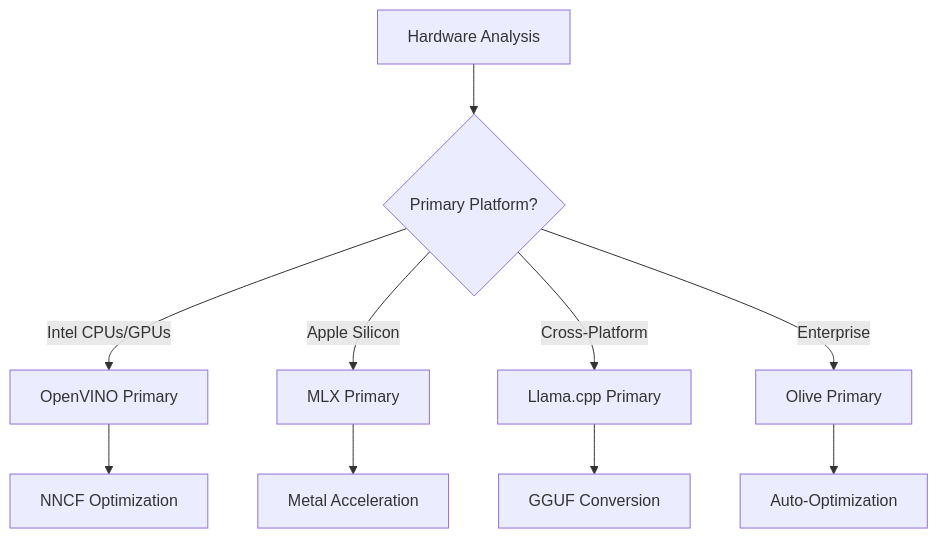
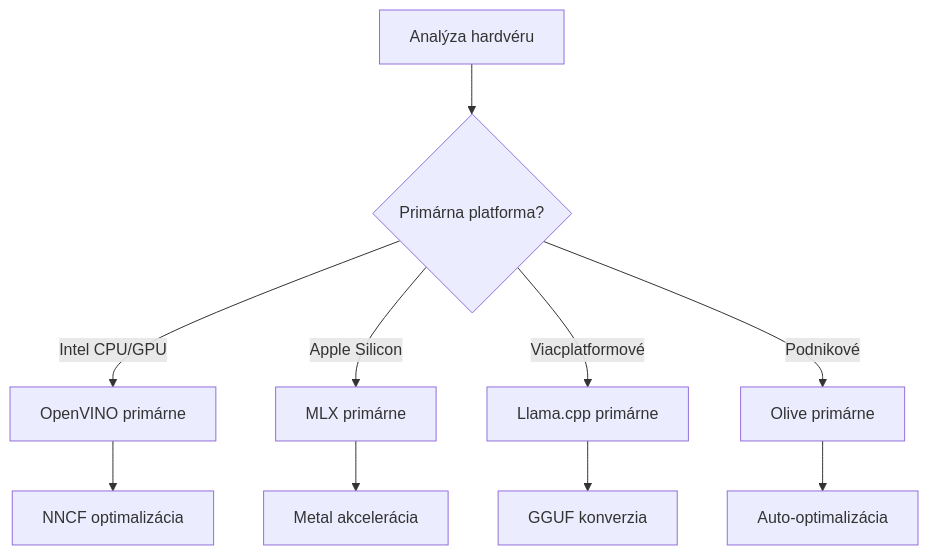
The first of 3 diagrams in translations/sk/Module04/06.workflow-synthesis.md (microsoft/edgeai-for-beginners), drawn with Mermaid before and after one commit. The commit also changed other lines of this file and 45 other files, not shown here.

````diff
--- a/translations/sk/Module04/06.workflow-synthesis.md
+++ b/translations/sk/Module04/06.workflow-synthesis.md
@@ -59,13 +59,13 @@
 ```mermaid
 graph TD
-    A[Hardware Analysis] --> B{Primary Platform?}
-    B -->|Intel CPUs/GPUs| C[OpenVINO Primary]
-    B -->|Apple Silicon| D[MLX Primary]
-    B -->|Cross-Platform| E[Llama.cpp Primary]
-    B -->|Enterprise| F[Olive Primary]
+    A[Analýza hardvéru] --> B{Primárna platforma?}
+    B -->|Intel CPU/GPU| C[OpenVINO primárne]
+    B -->|Apple Silicon| D[MLX primárne]
+    B -->|Viacplatformové| E[Llama.cpp primárne]
+    B -->|Podnikové| F[Olive primárne]
     
-    C --> G[NNCF Optimization]
-    D --> H[Metal Acceleration]
-    E --> I[GGUF Conversion]
-    F --> J[Auto-Optimization]
+    C --> G[NNCF optimalizácia]
+    D --> H[Metal akcelerácia]
+    E --> I[GGUF konverzia]
+    F --> J[Auto-optimalizácia]
 ```
````
